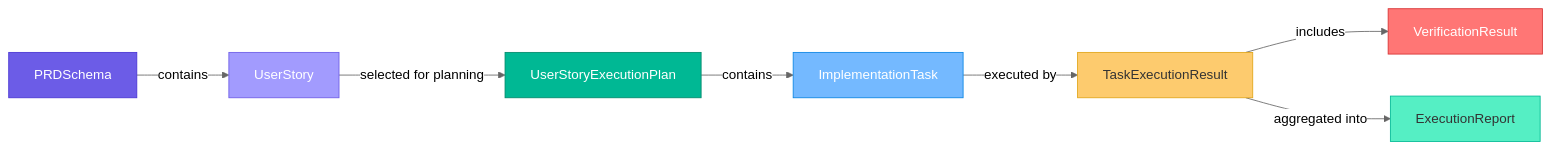
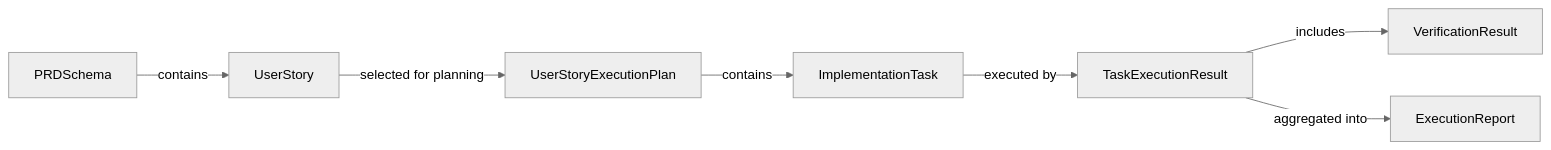
The second of 4 diagrams in docs/schemas.md (darthlinuxer/dialectic-crew-ai), drawn with Mermaid (neutral theme) before and after one commit. The commit also changed other lines of this file and 20 other files, not shown here.

````diff
--- a/docs/schemas.md
+++ b/docs/schemas.md
@@ -310,17 +318,9 @@
 ```mermaid
 flowchart LR
     PRD["PRDSchema"] -->|"contains"| US["UserStory"]
     US -->|"selected for planning"| PLAN["UserStoryExecutionPlan"]
     PLAN -->|"contains"| TASK["ImplementationTask"]
     TASK -->|"executed by"| TER["TaskExecutionResult"]
     TER -->|"includes"| VR["VerificationResult"]
     TER -->|"aggregated into"| REPORT["ExecutionReport"]
-
-    style PRD fill:#6C5CE7,stroke:#4834D4,color:#fff
-    style US fill:#A29BFE,stroke:#6C5CE7,color:#fff
-    style PLAN fill:#00B894,stroke:#00896B,color:#fff
-    style TASK fill:#74B9FF,stroke:#0984E3,color:#fff
-    style TER fill:#FDCB6E,stroke:#E1A517,color:#333
-    style VR fill:#FF7675,stroke:#D63031,color:#fff
-    style REPORT fill:#55EFC4,stroke:#00B894,color:#333
 ```
````
